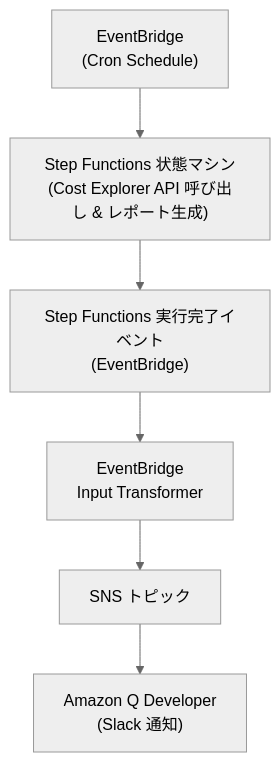
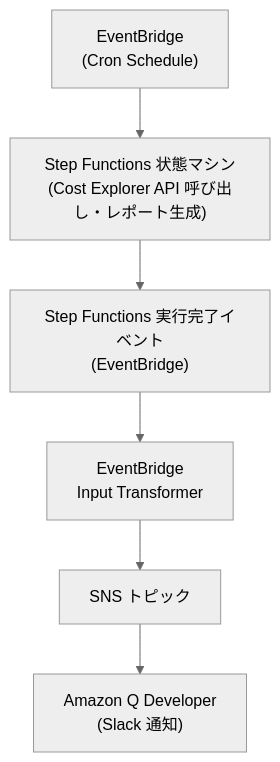
One commit to sakuyacatcat/zenn-docs changed the diagram in articles/20250314-aws-cost-notification-with-step-function.md. Above: the diagram before and after it, drawn with Mermaid (neutral theme).

Commit message:
docs: 修正フローチャートのテキスト表現を統一

````diff
--- a/articles/20250314-aws-cost-notification-with-step-function.md
+++ b/articles/20250314-aws-cost-notification-with-step-function.md
@@ -48,8 +48,8 @@
 ```mermaid
 flowchart TD
-    A["EventBridge<br>(Cron Schedule)"] --> B["Step Functions 状態マシン<br>(Cost Explorer API 呼び出し & レポート生成)"]
+    A["EventBridge<br>(Cron Schedule)"] --> B["Step Functions 状態マシン<br>(Cost Explorer API 呼び出し・レポート生成)"]
     B --> C["Step Functions 実行完了イベント<br>(EventBridge)"]
     C --> D["EventBridge<br>Input Transformer"]
     D --> E["SNS トピック"]
     E --> F["Amazon Q Developer<br>(Slack 通知)"]
 ```
````
